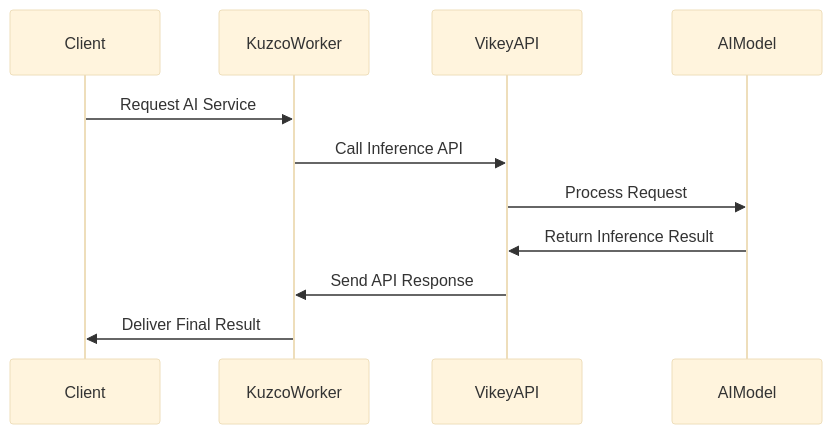
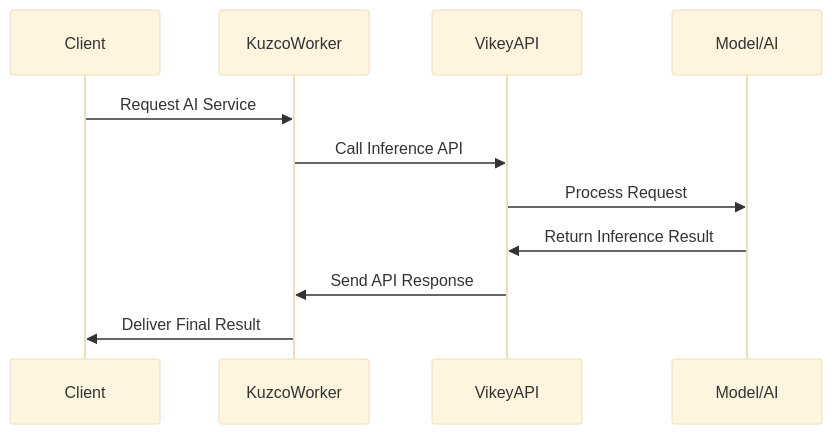
One commit to arcxteam/kuzco-inference changed the first of 2 diagrams in README.md. Above: the diagram before and after it, drawn with Mermaid (base theme). The commit also changed other lines of this file, not shown here.

````diff
--- a/README.md
+++ b/README.md
@@ -5,14 +5,14 @@
 ```mermaid
 sequenceDiagram
     participant Client
     participant KuzcoWorker
     participant VikeyAPI
-    participant AIModel
+    participant Model/AI
     
     Client->>KuzcoWorker: Request AI Service
     KuzcoWorker->>VikeyAPI: Call Inference API
-    VikeyAPI->>AIModel: Process Request
-    AIModel->>VikeyAPI: Return Inference Result
+    VikeyAPI->>Model/AI: Process Request
+    Model/AI->>VikeyAPI: Return Inference Result
     VikeyAPI->>KuzcoWorker: Send API Response
     KuzcoWorker->>Client: Deliver Final Result
 ```
````
